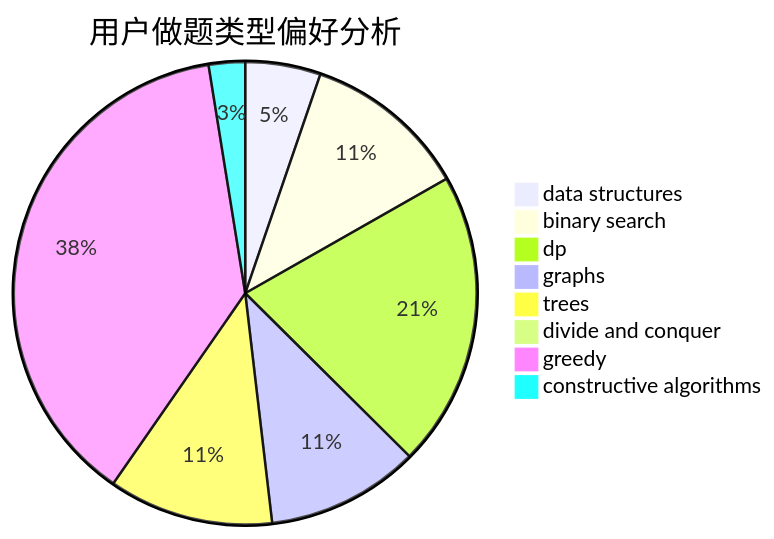
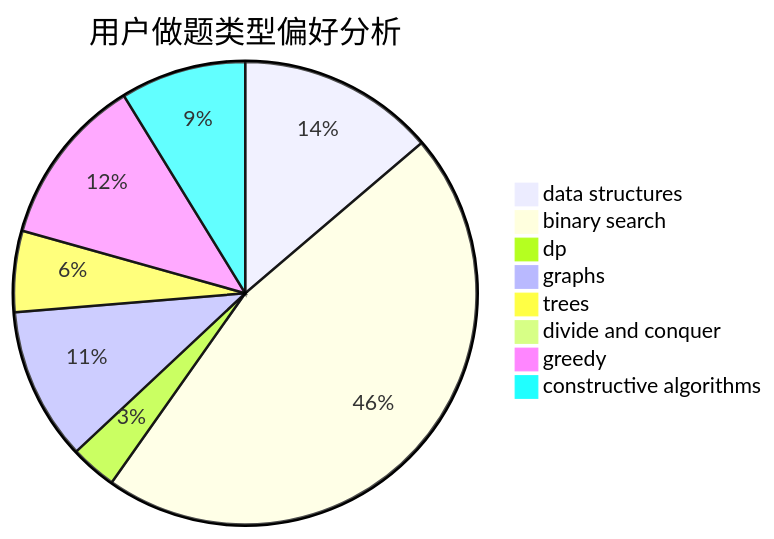
Before and after one commit to sherpahu/cfrs.github.io: the second of 3 diagrams in docs/user/u438.md, drawn with Mermaid. The commit also changed other lines of this file and 2770 other files, not shown here.

````diff
--- a/docs/user/u438.md
+++ b/docs/user/u438.md
@@ -23,11 +23,11 @@
 ```mermaid
 pie title 用户做题类型偏好分析
-    "data structures" :  58
-    "binary search" :  127
-    "dp" :  228
-    "graphs" :  118
-    "trees" :  127
-    "divide and conquer" :  7
-    "greedy" :  417
-    "constructive algorithms" :  28
+    "data structures" :  102
+    "binary search" :  341
+    "dp" :  24
+    "graphs" :  79
+    "trees" :  42
+    "divide and conquer" :  1
+    "greedy" :  88
+    "constructive algorithms" :  65
 ```
````
